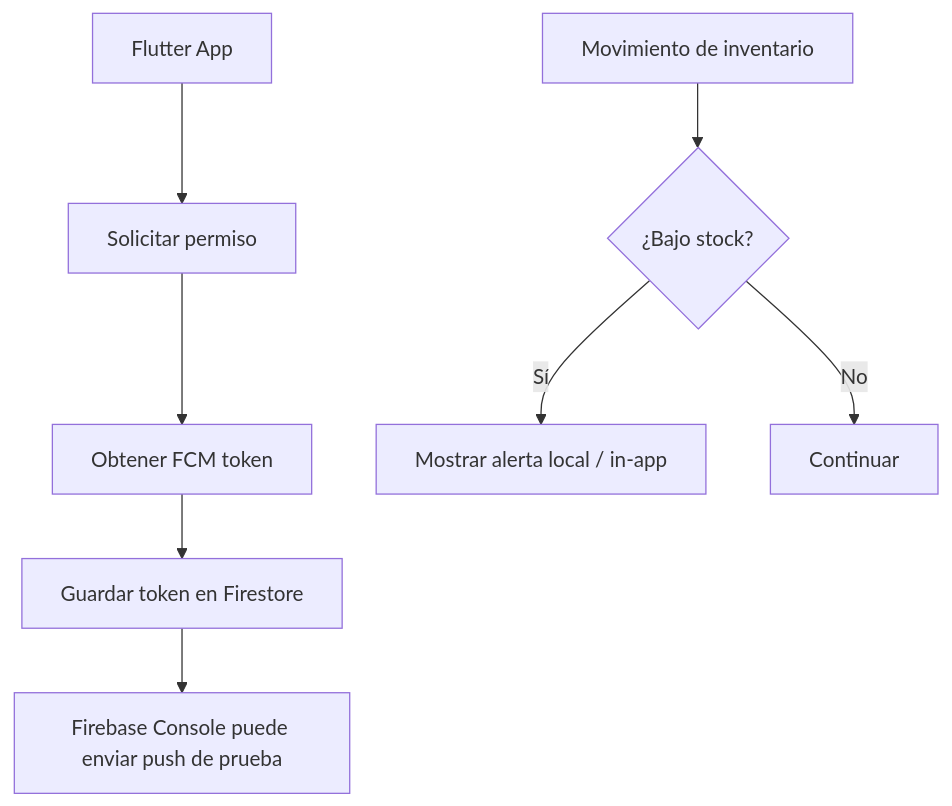
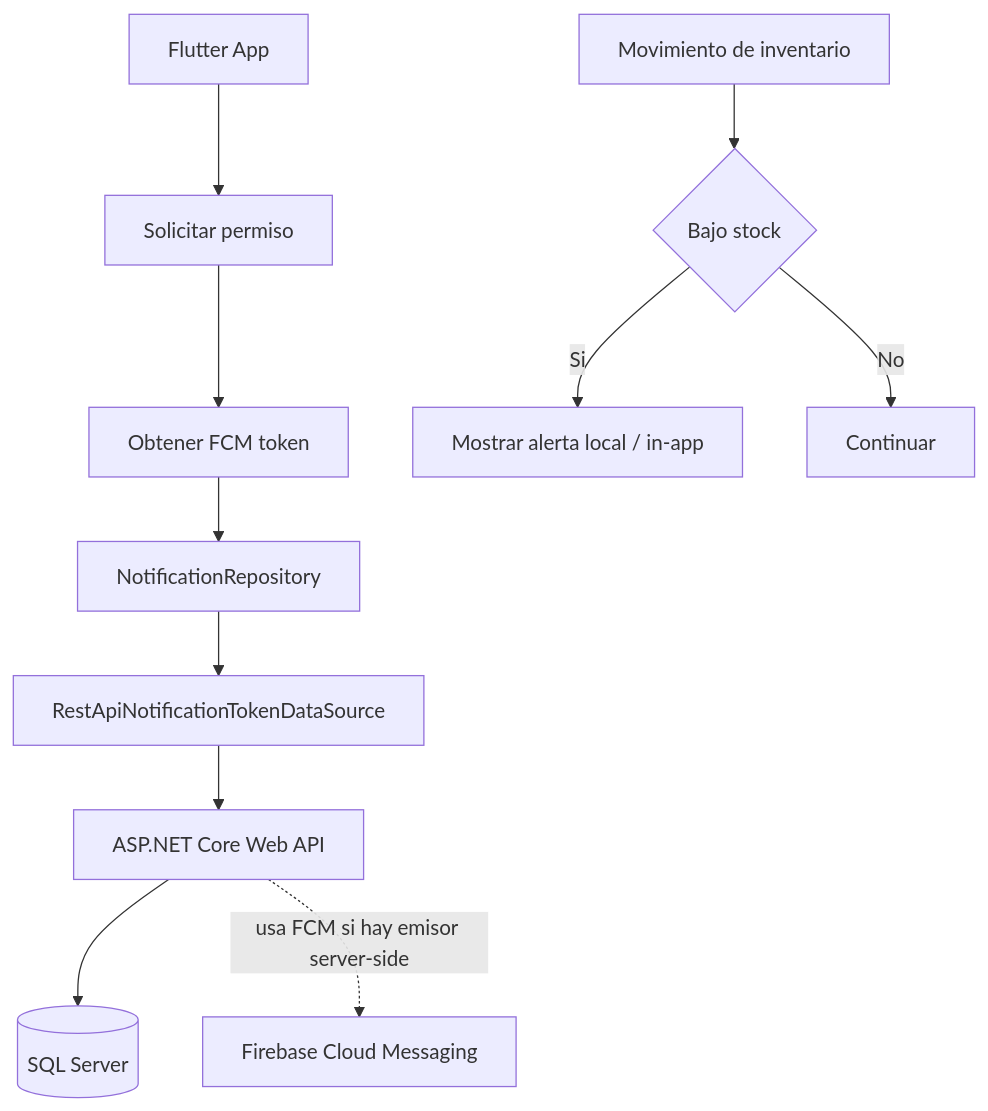
One commit to DevTeam-DAKFC/inventory-mobile-project changed the eighth of 8 diagrams in docs/architecture/system-architecture.md. Above: the diagram before and after it, drawn with Mermaid. The commit also changed other lines of this file, not shown here.

Commit message:
docs(architecture): align system architecture with .NET backend

````diff
--- a/docs/architecture/system-architecture.md
+++ b/docs/architecture/system-architecture.md
@@ -585,11 +556,14 @@
 ```mermaid
 flowchart TD
     App[Flutter App] --> Permission[Solicitar permiso]
     Permission --> Token[Obtener FCM token]
-    Token --> SaveToken[Guardar token en Firestore]
-    SaveToken --> Console[Firebase Console puede enviar push de prueba]
+    Token --> Repo[NotificationRepository]
+    Repo --> RestDS[RestApiNotificationTokenDataSource]
+    RestDS --> Api[ASP.NET Core Web API]
+    Api --> Sql[(SQL Server)]
+    Api -. usa FCM si hay emisor server-side .-> FCM[Firebase Cloud Messaging]
 
-    Movement[Movimiento de inventario] --> LowStock{¿Bajo stock?}
-    LowStock -->|Sí| LocalAlert[Mostrar alerta local / in-app]
+    Movement[Movimiento de inventario] --> LowStock{Bajo stock}
+    LowStock -->|Si| LocalAlert[Mostrar alerta local / in-app]
     LowStock -->|No| End[Continuar]
 ```
````
